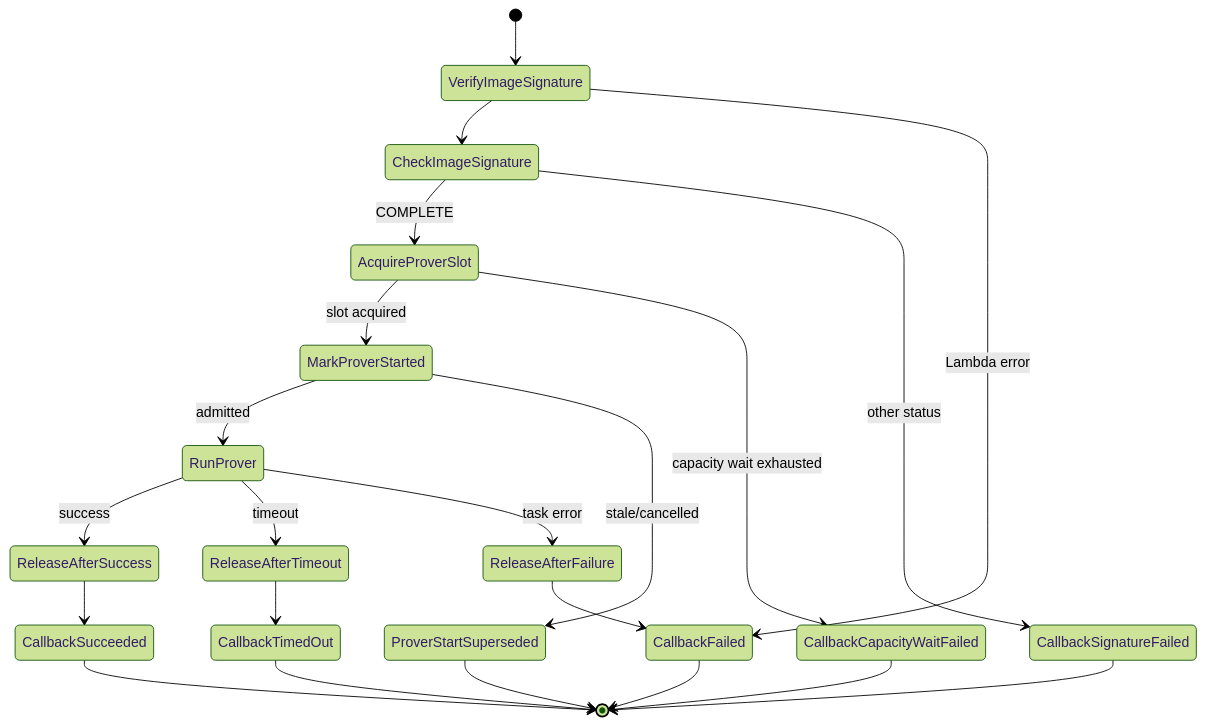
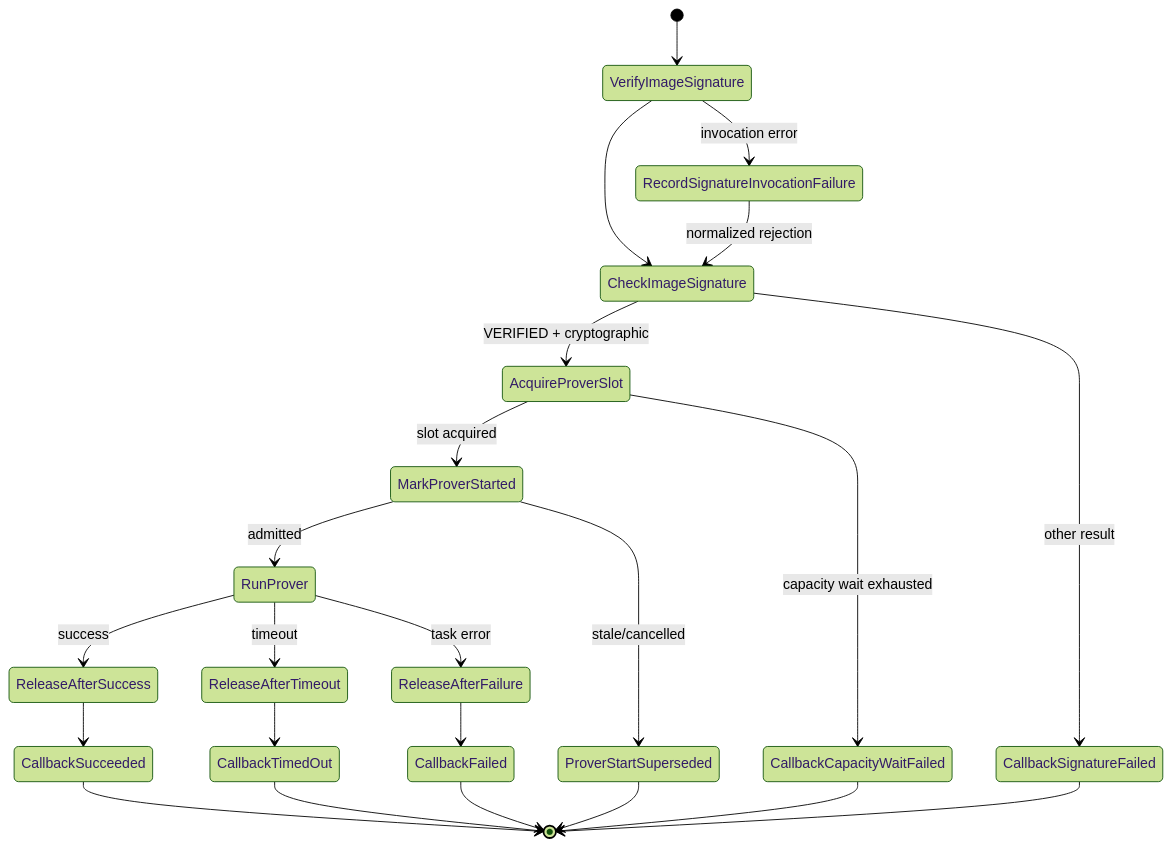
The second of 3 diagrams in public-book/src/aws/async-prover.md (hwatanabe-jp/stark-ballot-simulator-public), drawn with Mermaid (forest theme) before and after one commit. The commit also changed other lines of this file and 389 other files, not shown here.

````diff
--- a/public-book/src/aws/async-prover.md
+++ b/public-book/src/aws/async-prover.md
@@ -93,24 +92,25 @@
 ```mermaid
 stateDiagram-v2
   [*] --> VerifyImageSignature
   VerifyImageSignature --> CheckImageSignature
-  VerifyImageSignature --> CallbackFailed: Lambda error
-  CheckImageSignature --> AcquireProverSlot: COMPLETE
-  CheckImageSignature --> CallbackSignatureFailed: other status
+  VerifyImageSignature --> RecordSignatureInvocationFailure: invocation error
+  RecordSignatureInvocationFailure --> CheckImageSignature: normalized rejection
+  CheckImageSignature --> AcquireProverSlot: VERIFIED + cryptographic
+  CheckImageSignature --> CallbackSignatureFailed: other result
   AcquireProverSlot --> MarkProverStarted: slot acquired
   AcquireProverSlot --> CallbackCapacityWaitFailed: capacity wait exhausted
   MarkProverStarted --> RunProver: admitted
   MarkProverStarted --> ProverStartSuperseded: stale/cancelled
   RunProver --> ReleaseAfterSuccess: success
   RunProver --> ReleaseAfterTimeout: timeout
   RunProver --> ReleaseAfterFailure: task error
   ReleaseAfterSuccess --> CallbackSucceeded
   ReleaseAfterTimeout --> CallbackTimedOut
   ReleaseAfterFailure --> CallbackFailed
   CallbackSucceeded --> [*]
   CallbackTimedOut --> [*]
   CallbackSignatureFailed --> [*]
   CallbackFailed --> [*]
   CallbackCapacityWaitFailed --> [*]
   ProverStartSuperseded --> [*]
 ```
````
